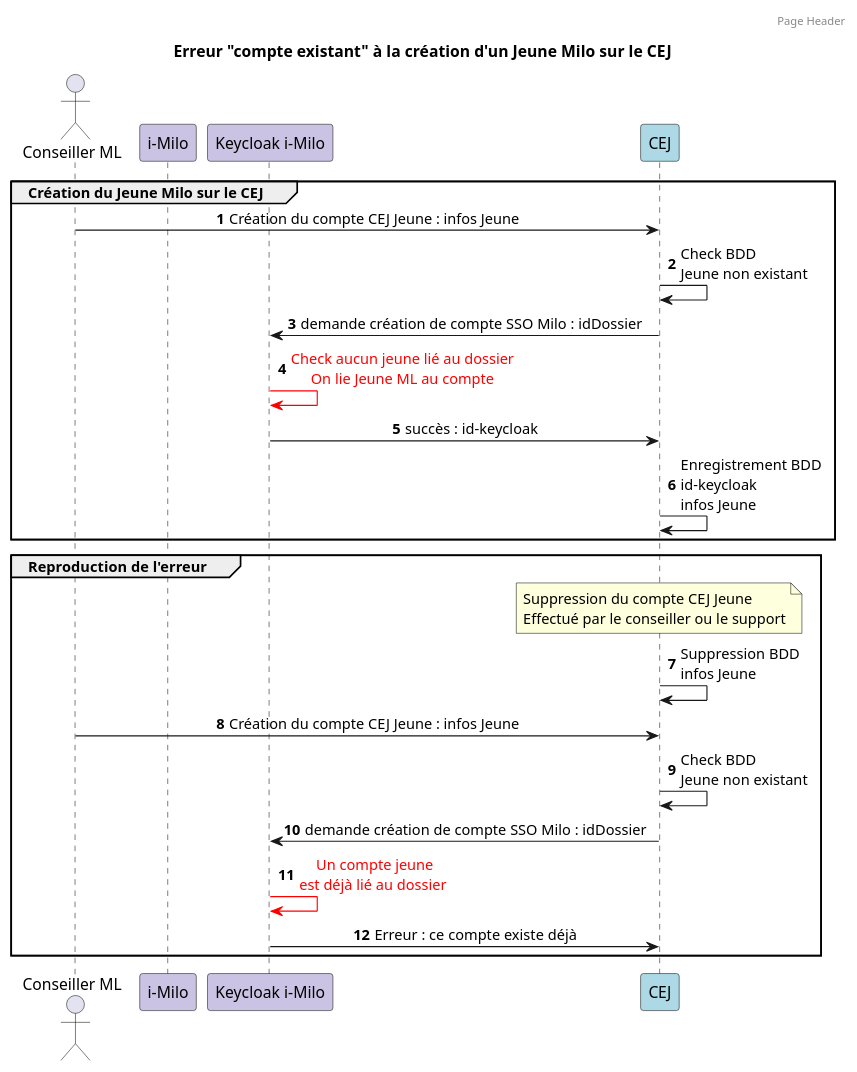
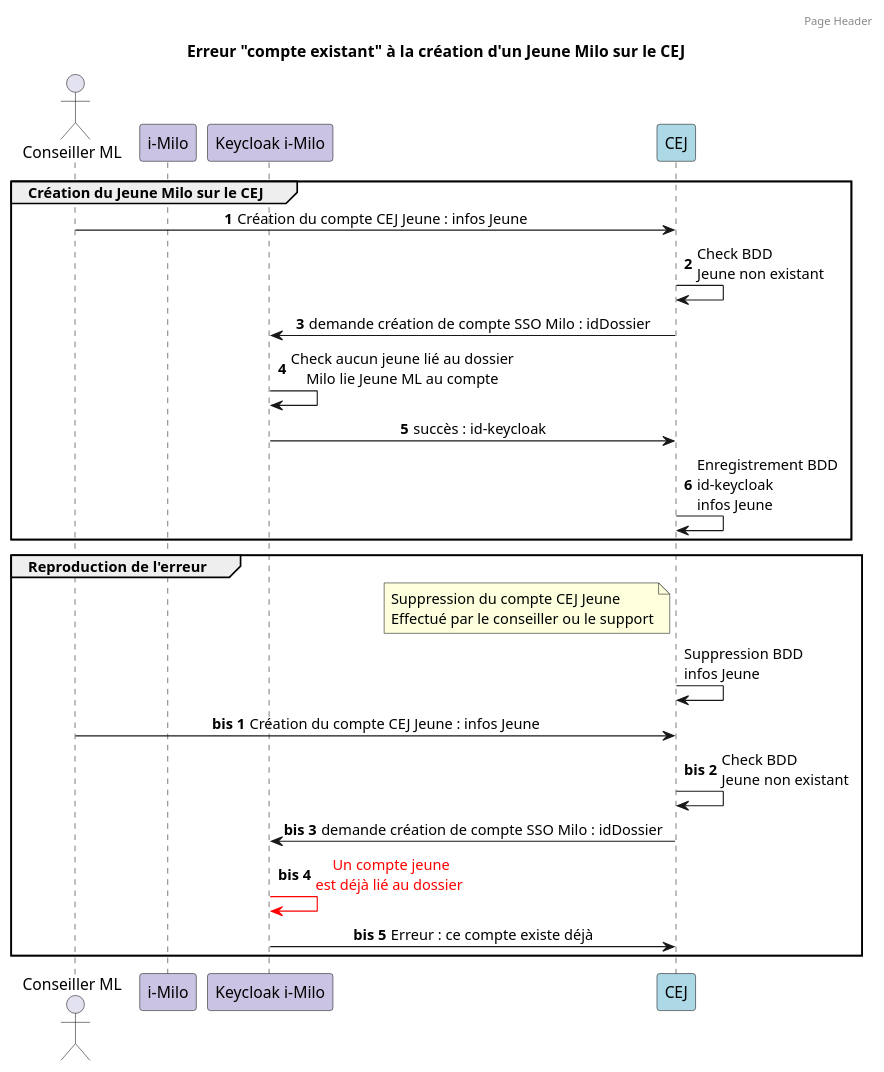
Before and after one commit to SocialGouv/pass-emploi-api: the diagram in docs/diagrammes/authentification-erreur-compte-existant.puml, drawn with PlantUML. The commit also changed 7 other files, not shown here.

```diff
--- a/docs/diagrammes/authentification-erreur-compte-existant.puml
+++ b/docs/diagrammes/authentification-erreur-compte-existant.puml
@@ -1,42 +1,44 @@
 @startuml
 
 skinparam backgroundColor white
 
 actor "Conseiller ML" as conseiller
 participant "i-Milo" as milo #CBC3E3
 participant "Keycloak i-Milo" as kckMilo 	#CBC3E3
 participant "CEJ" as cej #ADD8E6
 
 header Page Header
 
 title Erreur "compte existant" à la création d'un Jeune Milo sur le CEJ
 
 autonumber
 group Création du Jeune Milo sur le CEJ
 skinparam sequenceMessageAlign right
 conseiller -> cej : Création du compte CEJ Jeune : infos Jeune
 skinparam sequenceMessageAlign left
 cej -> cej : Check BDD\nJeune non existant
 
 skinparam sequenceMessageAlign center
 cej -> kckMilo :demande création de compte SSO Milo : idDossier
-kckMilo -[#red]> kckMilo : <color:red>Check aucun jeune lié au dossier\n<color:red>On lie Jeune ML au compte
+kckMilo -> kckMilo : Check aucun jeune lié au dossier\nMilo lie Jeune ML au compte
 kckMilo -> cej : succès : id-keycloak
 
 skinparam sequenceMessageAlign left
 cej -> cej : Enregistrement BDD\nid-keycloak\ninfos Jeune
 end
 
 group Reproduction de l'erreur
-note over  cej : Suppression du compte CEJ Jeune\nEffectué par le conseiller ou le support
+autonumber stop
+note left cej : Suppression du compte CEJ Jeune\nEffectué par le conseiller ou le support
 cej -> cej : Suppression BDD\ninfos Jeune
+autonumber "<b>bis "
 conseiller -> cej : Création du compte CEJ Jeune : infos Jeune
 skinparam sequenceMessageAlign left
 cej -> cej : Check BDD\nJeune non existant
 
 skinparam sequenceMessageAlign center
 cej -> kckMilo : demande création de compte SSO Milo : idDossier
 kckMilo -[#red]> kckMilo :<color:red> Un compte jeune\n<color:red>est déjà lié au dossier
 kckMilo -> cej : Erreur : ce compte existe déjà
 end
 @enduml
```
